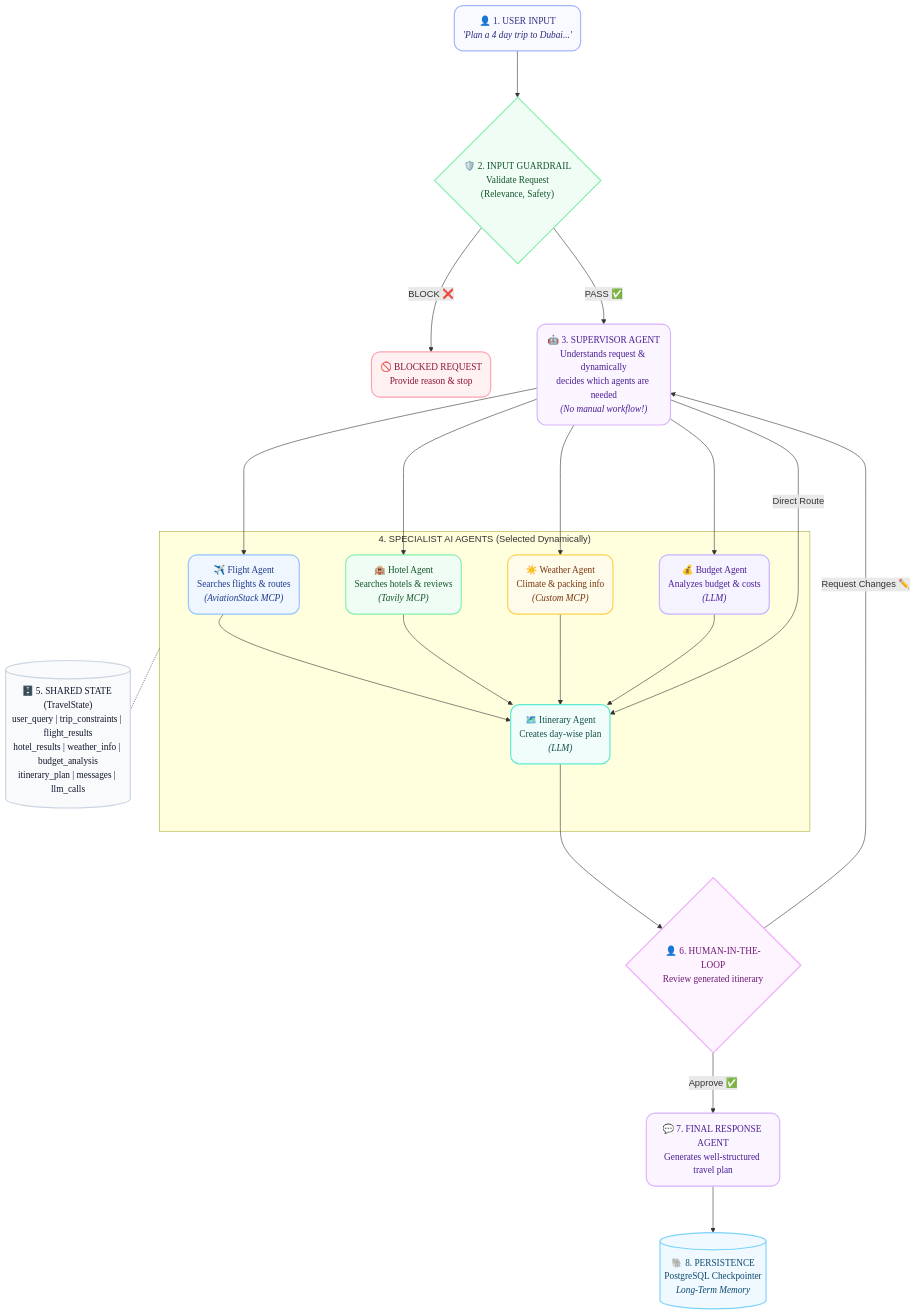
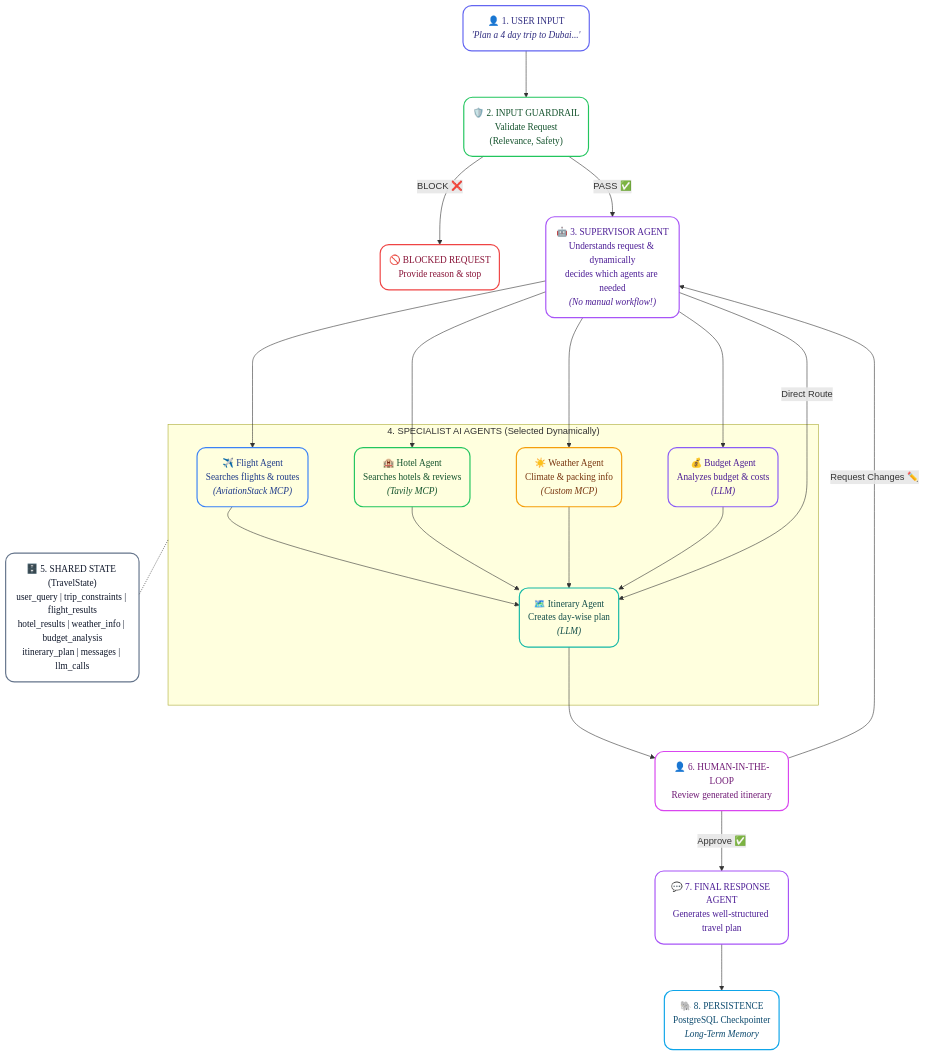
Before and after one commit to PiyushAgarwalcs/TravelNexus-AI: the diagram in README.md, drawn with Mermaid.

Commit message:
docs: Make diagram boxes transparent with colorful borders and Jojoba font

````diff
--- a/README.md
+++ b/README.md
@@ -30,63 +30,63 @@
 ```mermaid
 %%{init: {'flowchart': {'nodeSpacing': 80, 'rankSpacing': 80}}}%%
 flowchart TD
-    %% Define Styles (Round boxes, Lighter colors, Architects Daughter font)
-    classDef user fill:#f8faff,stroke:#a5b4fc,stroke-width:2px,color:#312e81,rx:15,ry:15,font-family:Architects Daughter,cursive
-    classDef guardrail fill:#f0fdf4,stroke:#86efac,stroke-width:2px,color:#14532d,rx:15,ry:15,font-family:Architects Daughter,cursive
-    classDef blocked fill:#fff1f2,stroke:#fda4af,stroke-width:2px,color:#881337,rx:15,ry:15,font-family:Architects Daughter,cursive
-    classDef supervisor fill:#faf5ff,stroke:#d8b4fe,stroke-width:2px,color:#4c1d95,rx:15,ry:15,font-family:Architects Daughter,cursive
-    classDef agent_flight fill:#eff6ff,stroke:#93c5fd,stroke-width:2px,color:#1e3a8a,rx:15,ry:15,font-family:Architects Daughter,cursive
-    classDef agent_hotel fill:#f0fdf4,stroke:#86efac,stroke-width:2px,color:#14532d,rx:15,ry:15,font-family:Architects Daughter,cursive
-    classDef agent_weather fill:#fffbeb,stroke:#fcd34d,stroke-width:2px,color:#78350f,rx:15,ry:15,font-family:Architects Daughter,cursive
-    classDef agent_budget fill:#f5f3ff,stroke:#c4b5fd,stroke-width:2px,color:#4c1d95,rx:15,ry:15,font-family:Architects Daughter,cursive
-    classDef agent_itinerary fill:#f0fdfa,stroke:#5eead4,stroke-width:2px,color:#134e4a,rx:15,ry:15,font-family:Architects Daughter,cursive
-    classDef state fill:#f8fafc,stroke:#cbd5e1,stroke-width:2px,color:#0f172a,rx:15,ry:15,font-family:Architects Daughter,cursive
-    classDef hitl fill:#fdf4ff,stroke:#f0abfc,stroke-width:2px,color:#701a75,rx:15,ry:15,font-family:Architects Daughter,cursive
-    classDef final fill:#faf5ff,stroke:#d8b4fe,stroke-width:2px,color:#4c1d95,rx:15,ry:15,font-family:Architects Daughter,cursive
-    classDef db fill:#f0f9ff,stroke:#7dd3fc,stroke-width:2px,color:#0c4a6e,rx:15,ry:15,font-family:Architects Daughter,cursive
+    %% Define Styles (Round boxes, Transparent fill, Colorful borders, Jojoba font)
+    classDef user fill:transparent,stroke:#6366f1,stroke-width:2px,color:#312e81,rx:15,ry:15,font-family:Jojoba,sans-serif
+    classDef guardrail fill:transparent,stroke:#22c55e,stroke-width:2px,color:#14532d,rx:15,ry:15,font-family:Jojoba,sans-serif
+    classDef blocked fill:transparent,stroke:#ef4444,stroke-width:2px,color:#881337,rx:15,ry:15,font-family:Jojoba,sans-serif
+    classDef supervisor fill:transparent,stroke:#a855f7,stroke-width:2px,color:#4c1d95,rx:15,ry:15,font-family:Jojoba,sans-serif
+    classDef agent_flight fill:transparent,stroke:#3b82f6,stroke-width:2px,color:#1e3a8a,rx:15,ry:15,font-family:Jojoba,sans-serif
+    classDef agent_hotel fill:transparent,stroke:#22c55e,stroke-width:2px,color:#14532d,rx:15,ry:15,font-family:Jojoba,sans-serif
+    classDef agent_weather fill:transparent,stroke:#f59e0b,stroke-width:2px,color:#78350f,rx:15,ry:15,font-family:Jojoba,sans-serif
+    classDef agent_budget fill:transparent,stroke:#8b5cf6,stroke-width:2px,color:#4c1d95,rx:15,ry:15,font-family:Jojoba,sans-serif
+    classDef agent_itinerary fill:transparent,stroke:#14b8a6,stroke-width:2px,color:#134e4a,rx:15,ry:15,font-family:Jojoba,sans-serif
+    classDef state fill:transparent,stroke:#64748b,stroke-width:2px,color:#0f172a,rx:15,ry:15,font-family:Jojoba,sans-serif
+    classDef hitl fill:transparent,stroke:#d946ef,stroke-width:2px,color:#701a75,rx:15,ry:15,font-family:Jojoba,sans-serif
+    classDef final fill:transparent,stroke:#a855f7,stroke-width:2px,color:#4c1d95,rx:15,ry:15,font-family:Jojoba,sans-serif
+    classDef db fill:transparent,stroke:#0ea5e9,stroke-width:2px,color:#0c4a6e,rx:15,ry:15,font-family:Jojoba,sans-serif
 
     %% 1. User Input
     User("👤 1. USER INPUT<br/><i>'Plan a 4 day trip to Dubai...'</i>"):::user
 
     %% 2. Guardrail
-    Guardrail{"🛡️ 2. INPUT GUARDRAIL<br/>Validate Request<br/>(Relevance, Safety)"}:::guardrail
+    Guardrail("🛡️ 2. INPUT GUARDRAIL<br/>Validate Request<br/>(Relevance, Safety)"):::guardrail
     User --> Guardrail
 
     Blocked("🚫 BLOCKED REQUEST<br/>Provide reason & stop"):::blocked
     Guardrail -- "BLOCK ❌" --> Blocked
 
     %% 3. Supervisor
     Supervisor("🤖 3. SUPERVISOR AGENT<br/>Understands request & dynamically<br/>decides which agents are needed<br/><i>(No manual workflow!)</i>"):::supervisor
     Guardrail -- "PASS ✅" --> Supervisor
 
     %% 4. Specialists
     subgraph Specialists ["4. SPECIALIST AI AGENTS (Selected Dynamically)"]
         Flight("✈️ Flight Agent<br/>Searches flights & routes<br/><i>(AviationStack MCP)</i>"):::agent_flight
         Hotel("🏨 Hotel Agent<br/>Searches hotels & reviews<br/><i>(Tavily MCP)</i>"):::agent_hotel
         Weather("☀️ Weather Agent<br/>Climate & packing info<br/><i>(Custom MCP)</i>"):::agent_weather
         Budget("💰 Budget Agent<br/>Analyzes budget & costs<br/><i>(LLM)</i>"):::agent_budget
         Itinerary("🗺️ Itinerary Agent<br/>Creates day-wise plan<br/><i>(LLM)</i>"):::agent_itinerary
     end
 
     Supervisor --> Flight & Hotel & Weather & Budget
     Flight & Hotel & Weather & Budget --> Itinerary
     Supervisor -- "Direct Route" ----> Itinerary
 
     %% 5. State
-    State[("🗄️ 5. SHARED STATE (TravelState)<br/>user_query | trip_constraints | flight_results<br/>hotel_results | weather_info | budget_analysis<br/>itinerary_plan | messages | llm_calls")]:::state
+    State("🗄️ 5. SHARED STATE (TravelState)<br/>user_query | trip_constraints | flight_results<br/>hotel_results | weather_info | budget_analysis<br/>itinerary_plan | messages | llm_calls"):::state
     Specialists -.- State
 
     %% 6. HITL
-    HITL{"👤 6. HUMAN-IN-THE-LOOP<br/>Review generated itinerary"}:::hitl
+    HITL("👤 6. HUMAN-IN-THE-LOOP<br/>Review generated itinerary"):::hitl
     Itinerary --> HITL
 
     HITL -- "Request Changes ✏️" --> Supervisor
 
     %% 7. Final Response
     Final("💬 7. FINAL RESPONSE AGENT<br/>Generates well-structured travel plan"):::final
     HITL -- "Approve ✅" --> Final
 
     %% 8. Persistence
-    DB[("🐘 8. PERSISTENCE<br/>PostgreSQL Checkpointer<br/><i>Long-Term Memory</i>")]:::db
+    DB("🐘 8. PERSISTENCE<br/>PostgreSQL Checkpointer<br/><i>Long-Term Memory</i>"):::db
     Final --> DB
 ```
````
